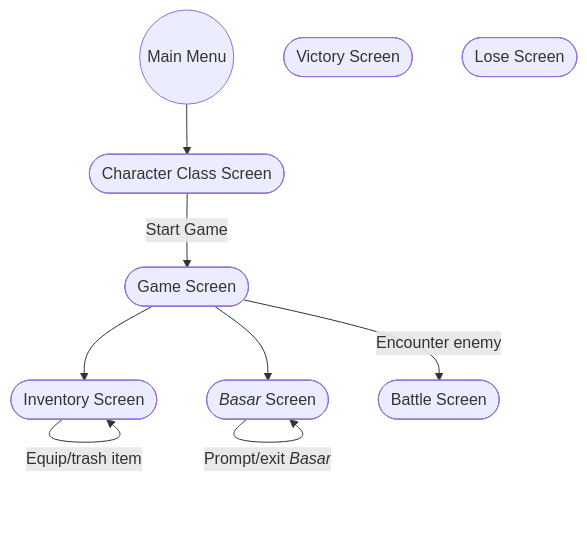
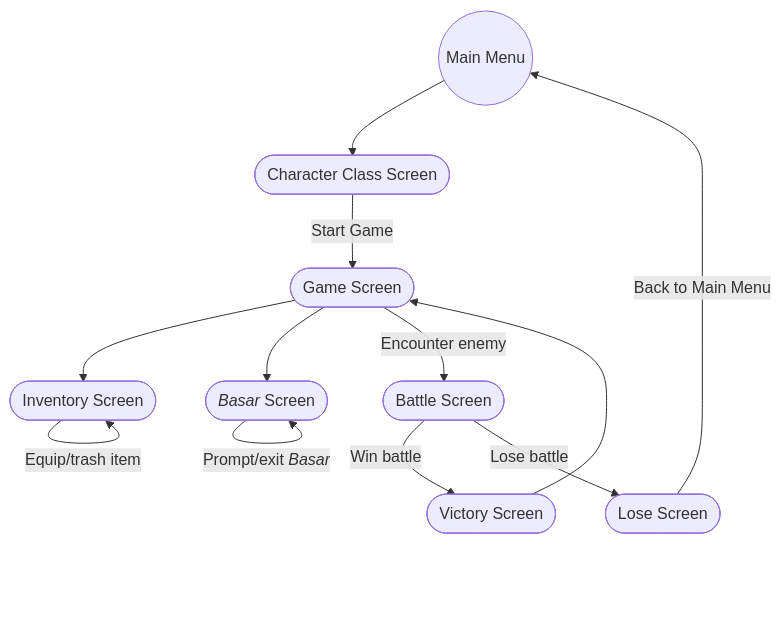
The first of 3 diagrams in README.md (jalee314/dAEraFinal), drawn with Mermaid before and after one commit.

Commit message:
Completed navigation diagram by incorporating Mermaid

````diff
--- a/README.md
+++ b/README.md
@@ -31,20 +31,22 @@
 ```mermaid
 graph TD
     n1((Main Menu))
     n2([Character Class Screen])
     n3([Game Screen])
     n4([Inventory Screen])
     n5([<i>Basar</i> Screen])
     n6([Battle Screen])
     n7([Victory Screen])
     n8([Lose Screen])
     n1-->n2
     n2-- Start Game -->n3
     n3-->n4
     n3-->n5
     n4-- Equip/trash item -->n4
     n5-- Prompt/exit <i>Basar</i> -->n5
     n3-- Encounter enemy -->n6
-
-
+    n6-- Win battle -->n7
+    n6-- Lose battle -->n8
+    n7-->n3
+    n8-- Back to Main Menu -->n1
 ```
````
